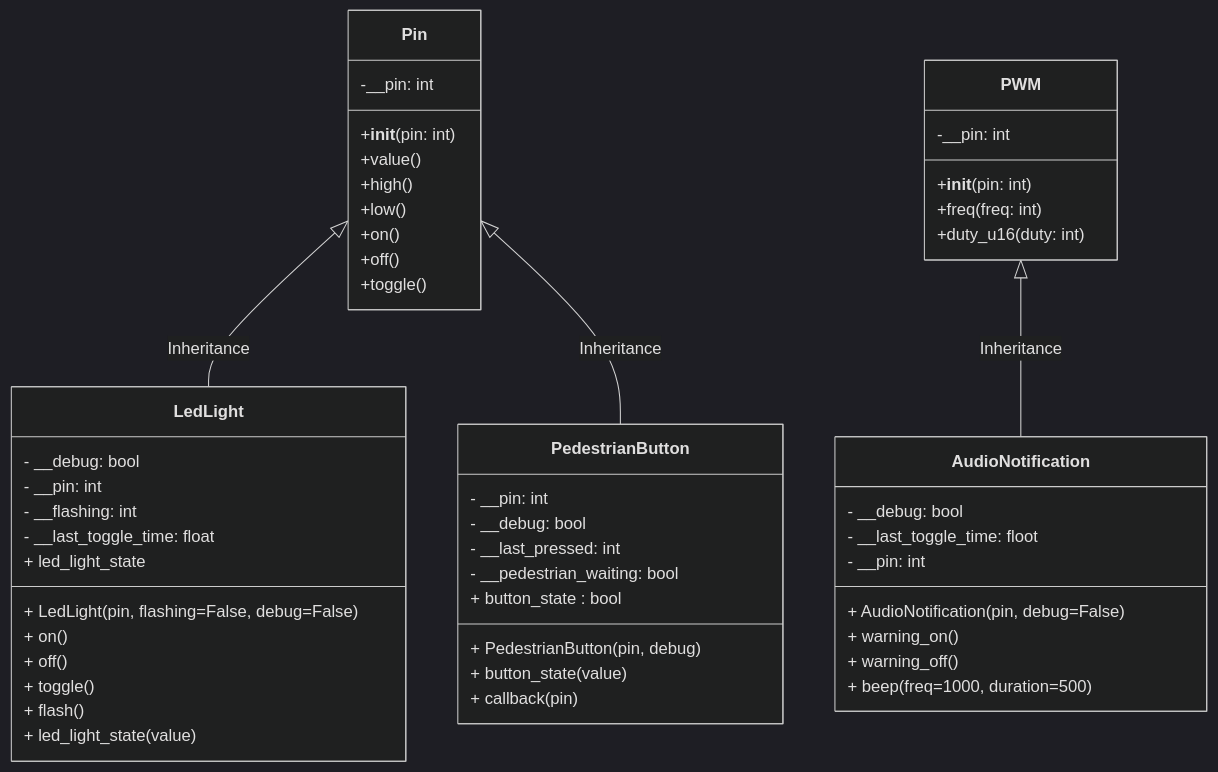
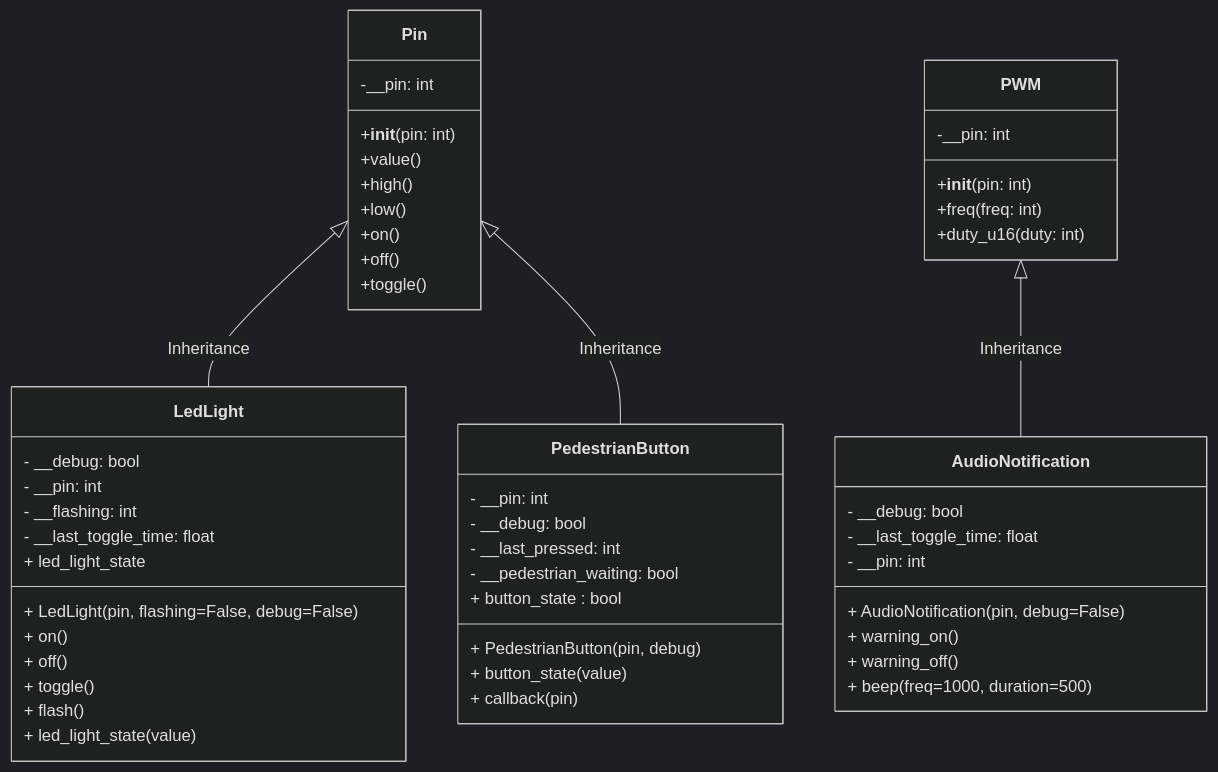
One commit to TempeHS/MicroPython_OOP_Pi_Pico_Mini_Project_Source changed the second of 2 diagrams in tutorials/Lecture1.md. Above: the diagram before and after it, drawn with Mermaid (dark theme). The commit also changed 2 other files, not shown here.

Commit message:
fix: correct typo in variable type from 'floot' to 'float' in class diagrams across Lecture1.md, Lecture6.md, and Lecture7.md

````diff
--- a/tutorials/Lecture1.md
+++ b/tutorials/Lecture1.md
@@ -101,59 +101,59 @@
 ```mermaid
 classDiagram
     class Pin {
         -__pin: int
         +__init__(pin: int)
         +value()
         +high()
         +low()
         +on()
         +off()
         +toggle()
     }
 
     class PWM {
         -__pin: int
         +__init__(pin: int)
         +freq(freq: int)
         +duty_u16(duty: int)
     }
 
     class AudioNotification {
         - __debug: bool
-        - __last_toggle_time: floot
+        - __last_toggle_time: float
         - __pin: int
         + AudioNotification(pin, debug=False)
         + warning_on()
         + warning_off()
         + beep(freq=1000, duration=500)
     }
     PWM <|-- AudioNotification : Inheritance
 
     class LedLight {
         - __debug: bool
         - __pin: int
         - __flashing: int
         - __last_toggle_time: float
         + LedLight(pin, flashing=False, debug=False)
         + on()
         + off()
         + toggle()
         + flash()
         + led_light_state
         + led_light_state(value)
     }
     Pin <|-- LedLight : Inheritance
 
     class PedestrianButton {
         - __pin: int
         - __debug: bool
         - __last_pressed: int
         - __pedestrian_waiting: bool
         + PedestrianButton(pin, debug)
         + button_state : bool
         + button_state(value)
         + callback(pin)
     }
     Pin <|-- PedestrianButton : Inheritance
 
 ```
````
